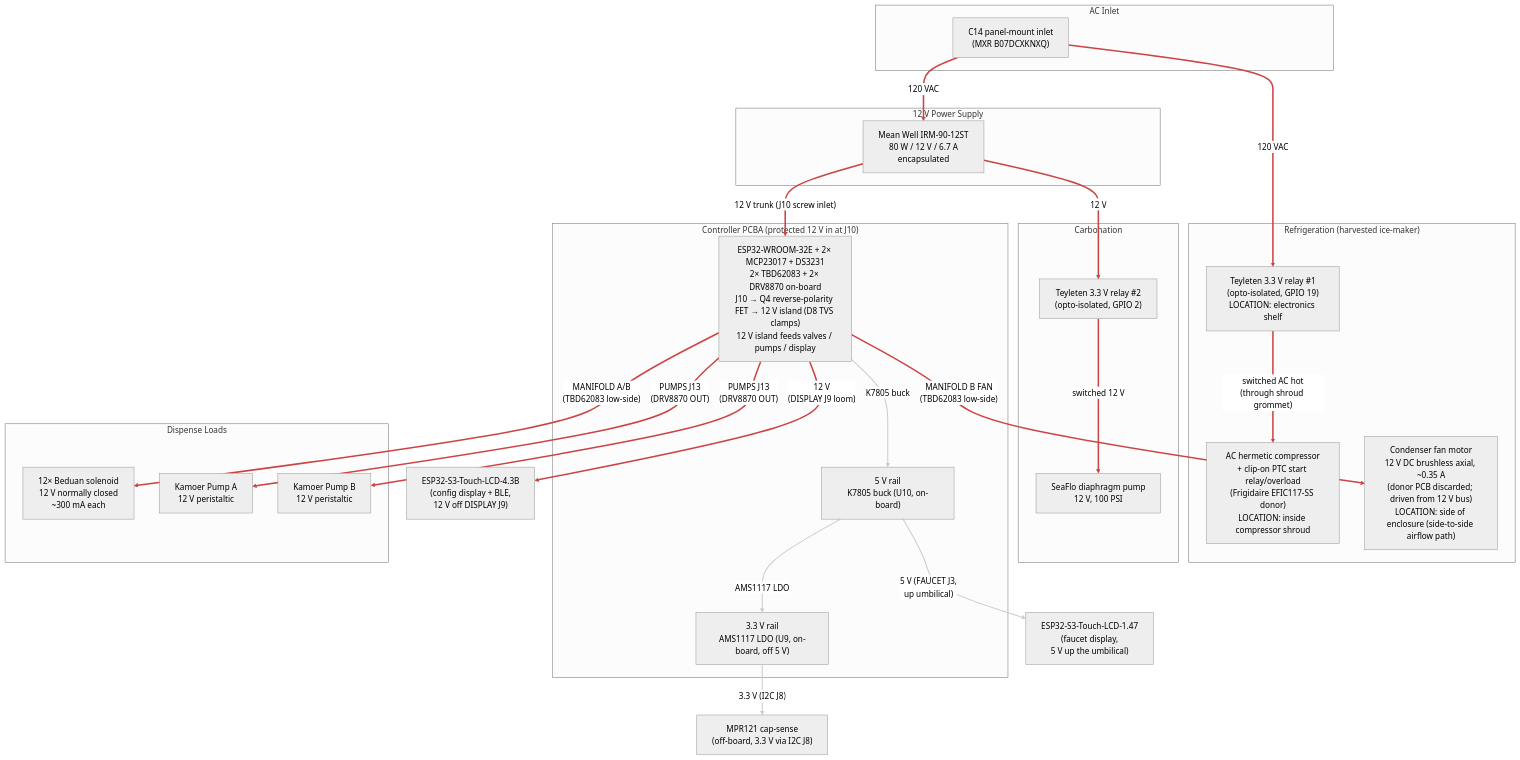
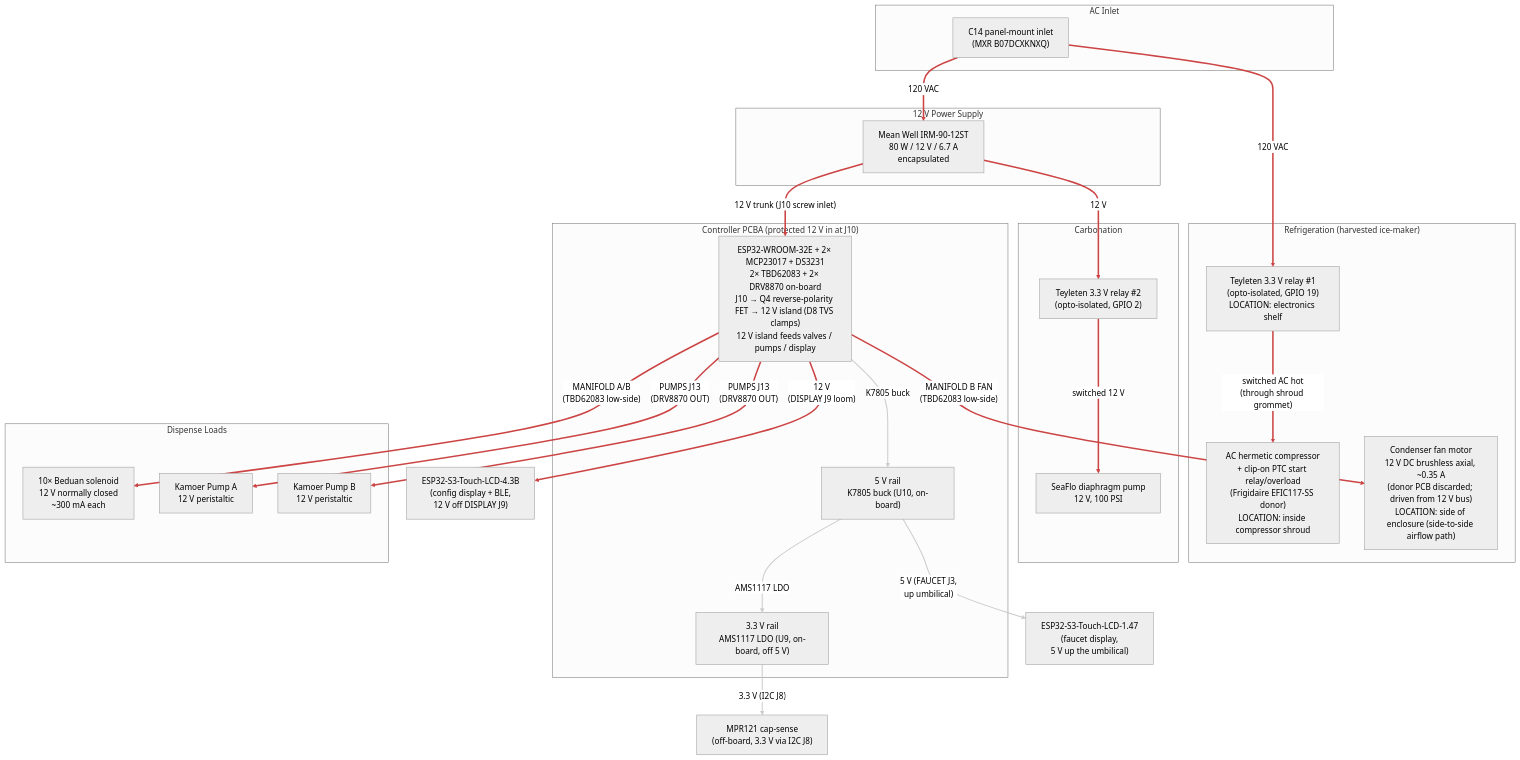
Before and after one commit to derekbreden/homesodamachine: the diagram in hardware/wiring/power.mmd, drawn with Mermaid (neutral theme). The commit also changed 15 other files, not shown here.

```diff
--- a/hardware/wiring/power.mmd
+++ b/hardware/wiring/power.mmd
@@ -1,131 +1,131 @@
 flowchart TD
 
   %% Power Distribution (current plan).
   %% 120 VAC mains in via C14 inlet; Mean Well 12 V PSU supplies the
   %% 12 V bus for everything except the compressor itself, which runs
   %% on switched mains via Teyleten relay #1 (PCBA RELAYS J5, ESP32
   %% GPIO 19). The 12 V diaphragm pump is gated by Teyleten relay #2
   %% (PCBA RELAYS J5, ESP32 GPIO 2) so firmware can keep refill off
   %% during an active dispense. Both relay modules take their coil/opto
   %% 5 V from RELAYS J5.
   %% The 12 V bus feeds the controller PCBA at its screw inlet (J10).
   %% The inlet is protected in series: a P-channel MOSFET (Q4, AO3407)
   %% in the high side blocks reverse polarity before the 12 V reaches the
   %% island; and a 15 V TVS (D8, SMAJ15A) clamps input surges the board
   %% sees to under C3's 25 V rating. Overcurrent is bounded by the Mean
   %% Well supply's own 6.7 A OCP.
   %% The board makes its own logic rails — 5 V from the on-board K7805
   %% buck (U10), 3.3 V from the on-board AMS1117 LDO (U9, off the 5 V
   %% rail) — and carries the WROOM, both MCP23017s, the RTC, both
   %% TBD62083s, and the two DRV8870 pump H-bridges. Off-board 12 V
   %% loads draw through the board: solenoid valves + condenser fan
   %% through the TBD62083 channels (MANIFOLD A/B), peristaltic pumps through
   %% the DRV8870s (PUMPS J13), and the 4.3B config display through its
   %% loom connector (DISPLAY J9 carries RS485 + 12 V). The faucet
   %% display takes 5 V up the umbilical (FAUCET J3); the sensor loom
   %% (SENSORS J4) and the MQ-6 heater (GAS J11) draw 5 V / 3.3 V off
   %% the same on-board rails.
   %% Physical placement:
   %% - The C14 inlet, AC distribution, PSU, both Teyleten relays, and
   %%   the controller PCBA sit on a single electronics shelf at the
   %%   top-back of the enclosure, behind the rear-panel C14 inlet.
   %% - The compressor sits middle-bottom inside a fire-rated metal
   %%   shroud (because the appliance is going into kitchens used by
   %%   friends, family, and customers the founder knows by name, and
   %%   safe handling of the R-600a charge is what UL 60335-2-89
   %%   actually requires); its clip-on PTC start relay + overload
   %%   module is co-located with the compressor body inside the shroud.
   %% - Teyleten relay #1 stays on the SHELF, OUTSIDE the shroud.
   %%   Only switched AC enters the shroud (one wire bundle through one
   %%   grommet: switched H + N + chassis G). This avoids placing an
   %%   arcing contact inside the protected hydrocarbon-refrigerant
   %%   compartment.
   %% - The condenser fan motor is on the side of the enclosure
   %%   (the side-to-side intake → condenser → exhaust airflow path)
   %%   and is OUTSIDE the shroud. It is a 12 V DC brushless axial
   %%   fan: the donor ice maker's own PCB regulated mains to 12 V
   %%   to drive it (factory wiring was never AC on the fan itself),
   %%   so on harvest we discard the donor PCB and drive the fan
   %%   from our own 12 V bus. Low-side switched via one channel of
   %%   TBD62083 #2 (MANIFOLD B FAN pin, driven from MCP23017 0x21
   %%   PA3) — same pattern as the solenoid valves. Firmware turns it
   %%   on/off in lockstep with the compressor.
   %% See `ac-wiring-schedule.md` for run-by-run gauges + lengths and
   %% `../cut-parts/compressor-shroud/` for the shroud part.
 
   subgraph AC_Inlet["AC Inlet"]
     C14["C14 panel-mount inlet\n(MXR B07DCXKNXQ)"]
   end
 
   subgraph Supply["12 V Power Supply"]
     PSU["Mean Well IRM-90-12ST\n80 W / 12 V / 6.7 A\nencapsulated"]
   end
 
   subgraph Refrigeration["Refrigeration  (harvested ice-maker)"]
     RELAY["Teyleten 3.3 V relay #1\n(opto-isolated, GPIO 19)\nLOCATION: electronics shelf"]
     COMP_AC["AC hermetic compressor\n+ clip-on PTC start relay/overload\n(Frigidaire EFIC117-SS donor)\nLOCATION: inside compressor shroud"]
     COND_FAN["Condenser fan motor\n12 V DC brushless axial, ~0.35 A\n(donor PCB discarded; driven from 12 V bus)\nLOCATION: side of enclosure (side-to-side airflow path)"]
   end
 
   subgraph Carbonation["Carbonation"]
     DIA_RELAY["Teyleten 3.3 V relay #2\n(opto-isolated, GPIO 2)"]
     DIA_PUMP["SeaFlo diaphragm pump\n12 V, 100 PSI"]
   end
 
   subgraph Board["Controller PCBA  (protected 12 V in at J10)"]
     PCBA["ESP32-WROOM-32E + 2× MCP23017 + DS3231\n2× TBD62083 + 2× DRV8870 on-board\nJ10 → Q4 reverse-polarity FET → 12 V island (D8 TVS clamps)\n12 V island feeds valves / pumps / display"]
     REG_5V["5 V rail\nK7805 buck (U10, on-board)"]
     REG_3V3["3.3 V rail\nAMS1117 LDO (U9, on-board, off 5 V)"]
   end
 
   subgraph Dispense["Dispense Loads"]
-    VALVES["12× Beduan solenoid\n12 V normally closed\n~300 mA each"]
+    VALVES["10× Beduan solenoid\n12 V normally closed\n~300 mA each"]
     PUMP_A["Kamoer Pump A\n12 V peristaltic"]
     PUMP_B["Kamoer Pump B\n12 V peristaltic"]
   end
 
   CFG["ESP32-S3-Touch-LCD-4.3B\n(config display + BLE,\n 12 V off DISPLAY J9)"]
 
   FAUCET["ESP32-S3-Touch-LCD-1.47\n(faucet display,\n 5 V up the umbilical)"]
 
   MPR["MPR121 cap-sense\n(off-board, 3.3 V via I2C J8)"]
 
   %% AC distribution (hot leg)
   C14 ==>|"120 VAC"| RELAY
   C14 ==>|"120 VAC"| PSU
   RELAY ==>|"switched AC hot\n(through shroud grommet)"| COMP_AC
 
   %% 12 V distribution
   PSU ==>|"12 V trunk (J10 screw inlet)"| PCBA
   PSU ==>|"12 V"| DIA_RELAY
   DIA_RELAY ==>|"switched 12 V"| DIA_PUMP
   PCBA ==>|"MANIFOLD A/B\n(TBD62083 low-side)"| VALVES
   PCBA ==>|"MANIFOLD B FAN\n(TBD62083 low-side)"| COND_FAN
   PCBA ==>|"PUMPS J13\n(DRV8870 OUT)"| PUMP_A
   PCBA ==>|"PUMPS J13\n(DRV8870 OUT)"| PUMP_B
   PCBA ==>|"12 V\n(DISPLAY J9 loom)"| CFG
 
   %% Logic rails (made on the PCBA)
   PCBA -->|"K7805 buck"| REG_5V
   REG_5V -->|"5 V (FAUCET J3,\n up umbilical)"| FAUCET
   REG_5V -->|"AMS1117 LDO"| REG_3V3
   REG_3V3 -->|"3.3 V (I2C J8)"| MPR
 
   %% Power paths (red, thick).
   %% 0    = C14 -> relay #1 (AC mains)
   %% 1    = C14 -> PSU (AC mains)
   %% 2    = relay #1 -> compressor (switched AC, through shroud)
   %% 3    = PSU 12 V trunk -> PCBA (J10)
   %% 4    = PSU 12 V -> diaphragm relay #2
   %% 5    = relay #2 -> diaphragm pump (switched 12 V)
   %% 6    = PCBA -> solenoid valves (TBD62083 low-side)
   %% 7    = PCBA -> condenser fan (TBD62083 low-side)
   %% 8-9  = PCBA -> peristaltic pumps (DRV8870)
   %% 10   = PCBA -> 4.3B config display (12 V off J9)
   linkStyle 0,1,2,3,4,5,6,7,8,9,10 stroke:#c44,stroke-width:3px
   %% Logic rails (5 V, 3.3 V), made on the PCBA: white workhorse.
   %% 11 = K7805 buck -> 5 V rail
   %% 12 = 5 V rail -> faucet display (up umbilical)
   %% 13 = AMS1117 -> 3.3 V rail
   %% 14 = 3.3 V rail -> off-board MPR121 (I2C header)
   linkStyle 11,12,13,14 stroke:#ccc,stroke-width:2px
```
